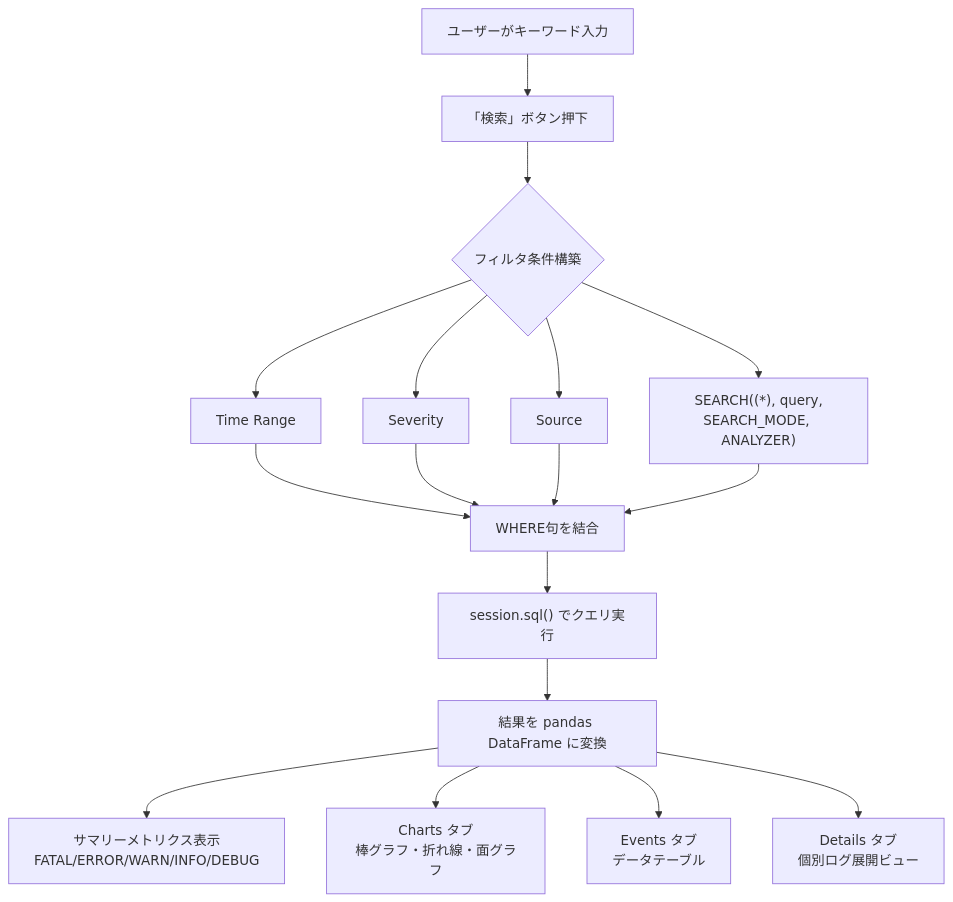
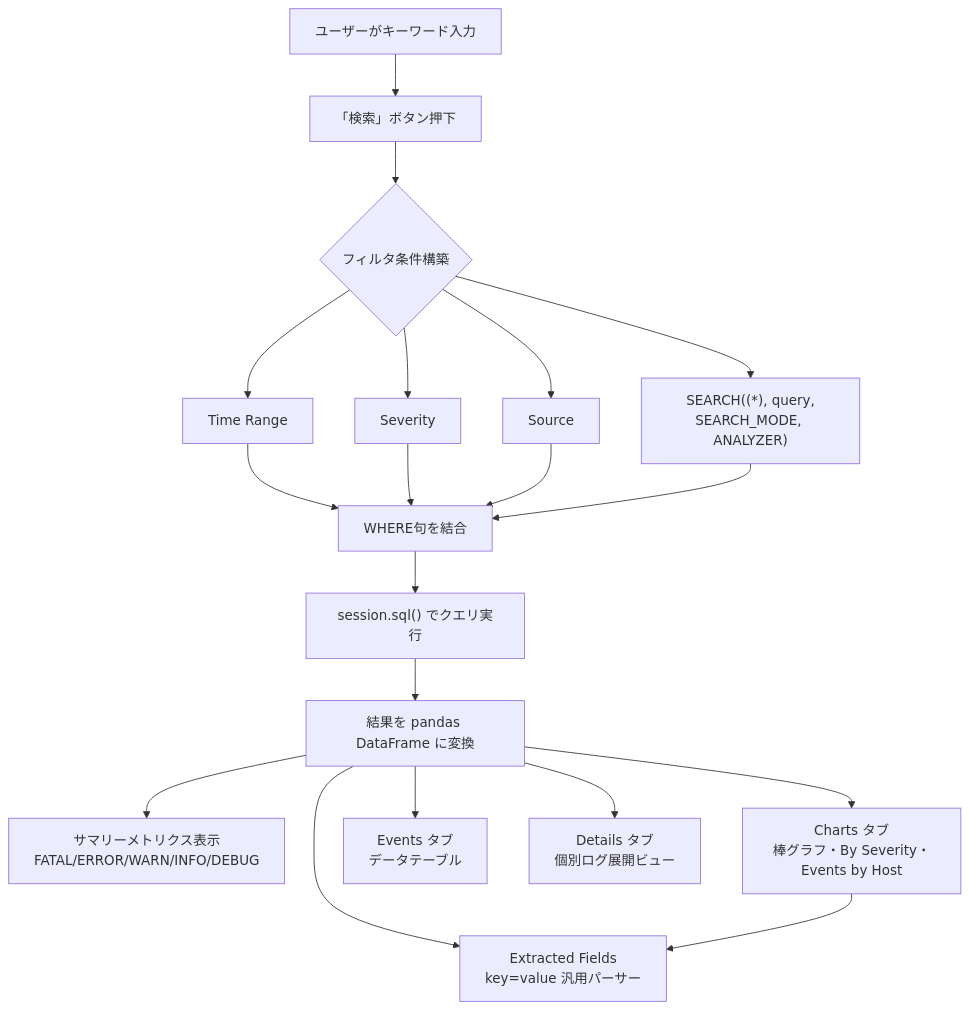
Before and after one commit to sfc-gh-kfukamori/snowflake-log-search-app: the second of 4 diagrams in README.md, drawn with Mermaid. The commit also changed other lines of this file, not shown here.

First line of the commit message:
Update README with Extracted Fields documentation

````diff
--- a/README.md
+++ b/README.md
@@ -276,16 +276,18 @@
 ```mermaid
 flowchart TD
     A[ユーザーがキーワード入力] --> B[「検索」ボタン押下]
     B --> C{フィルタ条件構築}
     C --> D[Time Range]
     C --> E[Severity]
     C --> F[Source]
     C --> G["SEARCH((*), query,<br/>SEARCH_MODE, ANALYZER)"]
     D & E & F & G --> H[WHERE句を結合]
     H --> I["session.sql() でクエリ実行"]
     I --> J[結果を pandas DataFrame に変換]
     J --> K[サマリーメトリクス表示<br/>FATAL/ERROR/WARN/INFO/DEBUG]
-    J --> L[Charts タブ<br/>棒グラフ・折れ線・面グラフ]
+    J --> L[Charts タブ<br/>棒グラフ・By Severity・Events by Host]
+    J --> EF[Extracted Fields<br/>key=value 汎用パーサー]
     J --> M[Events タブ<br/>データテーブル]
     J --> N[Details タブ<br/>個別ログ展開ビュー]
+    L --> EF
 ```
````
